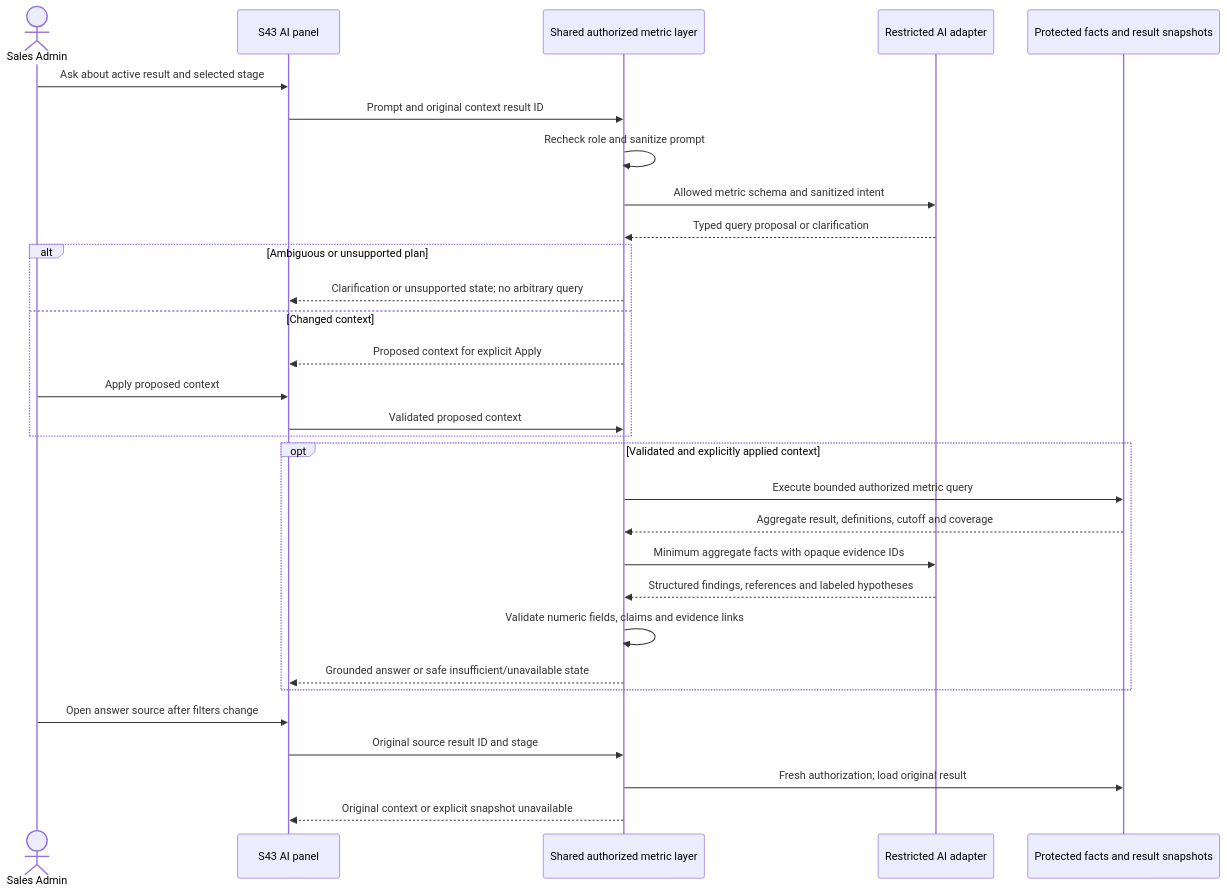
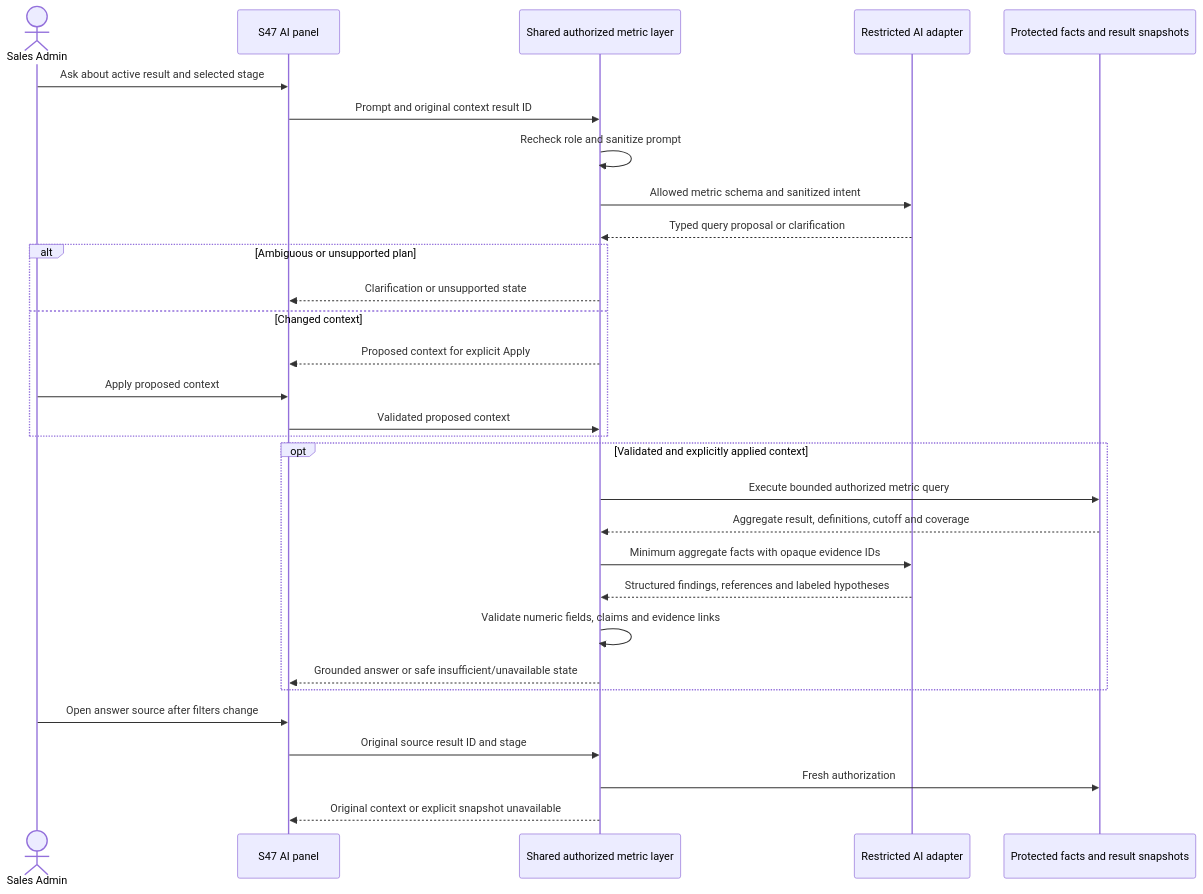
One commit to ankhanhwork/weavelink-project changed diagram 16 of 18 in docs/spec/docs/architecture/sequence.md. Above: the diagram before and after it, drawn with Mermaid. The commit also changed other lines of this file and 235 other files, not shown here.

````diff
--- a/docs/spec/docs/architecture/sequence.md
+++ b/docs/spec/docs/architecture/sequence.md
@@ -446,32 +452,32 @@
 ```mermaid
 sequenceDiagram
     actor Admin as Sales Admin
-    participant UI as S43 AI panel
+    participant UI as S47 AI panel
     participant Metrics as Shared authorized metric layer
     participant AI as Restricted AI adapter
     participant Results as Protected facts and result snapshots
     Admin->>UI: Ask about active result and selected stage
     UI->>Metrics: Prompt and original context result ID
     Metrics->>Metrics: Recheck role and sanitize prompt
     Metrics->>AI: Allowed metric schema and sanitized intent
     AI-->>Metrics: Typed query proposal or clarification
     alt Ambiguous or unsupported plan
-        Metrics-->>UI: Clarification or unsupported state#59; no arbitrary query
+        Metrics-->>UI: Clarification or unsupported state#59, no arbitrary query
     else Changed context
         Metrics-->>UI: Proposed context for explicit Apply
         Admin->>UI: Apply proposed context
         UI->>Metrics: Validated proposed context
     end
     opt Validated and explicitly applied context
         Metrics->>Results: Execute bounded authorized metric query
         Results-->>Metrics: Aggregate result, definitions, cutoff and coverage
         Metrics->>AI: Minimum aggregate facts with opaque evidence IDs
         AI-->>Metrics: Structured findings, references and labeled hypotheses
         Metrics->>Metrics: Validate numeric fields, claims and evidence links
         Metrics-->>UI: Grounded answer or safe insufficient/unavailable state
     end
     Admin->>UI: Open answer source after filters change
     UI->>Metrics: Original source result ID and stage
-    Metrics->>Results: Fresh authorization#59; load original result
+    Metrics->>Results: Fresh authorization#59, load original result
     Metrics-->>UI: Original context or explicit snapshot unavailable
 ```
````
